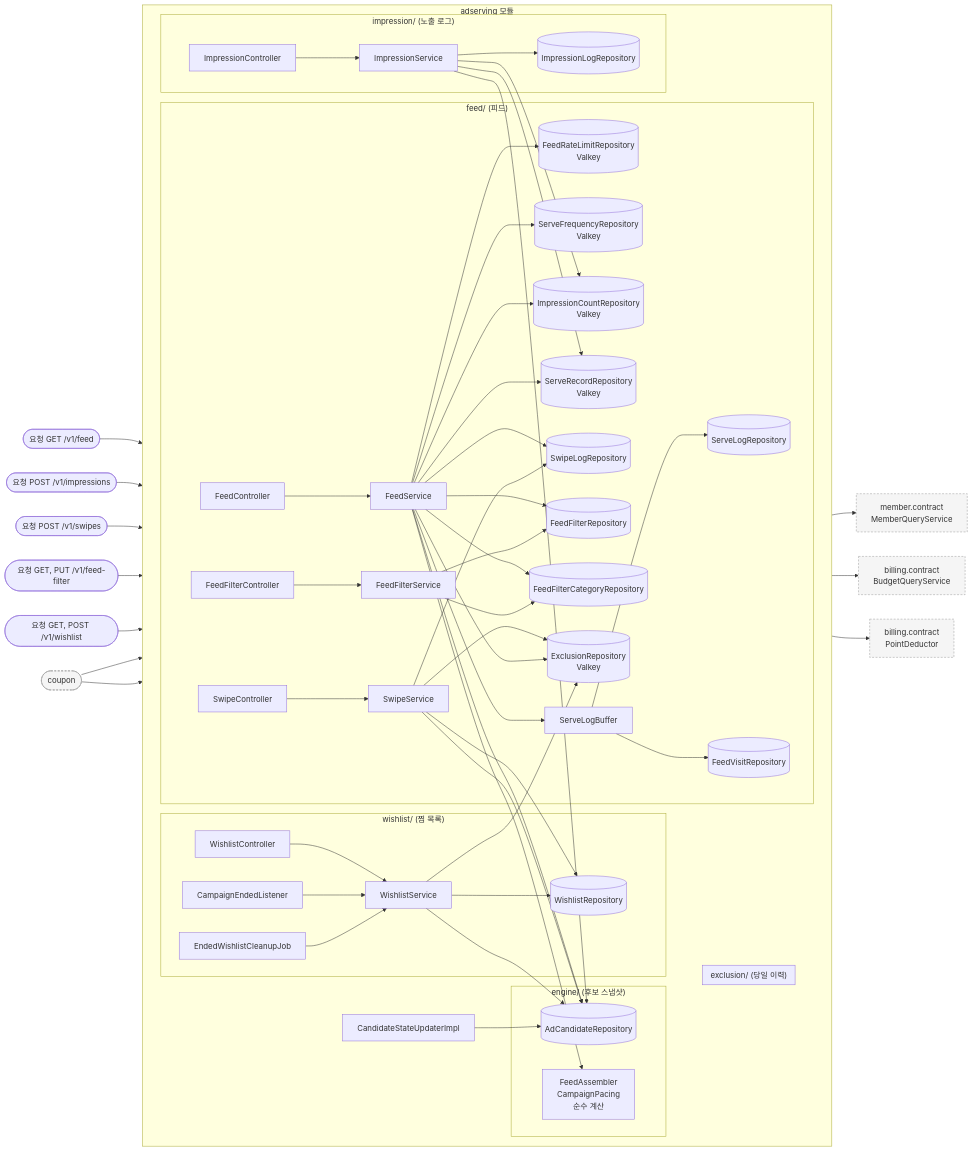
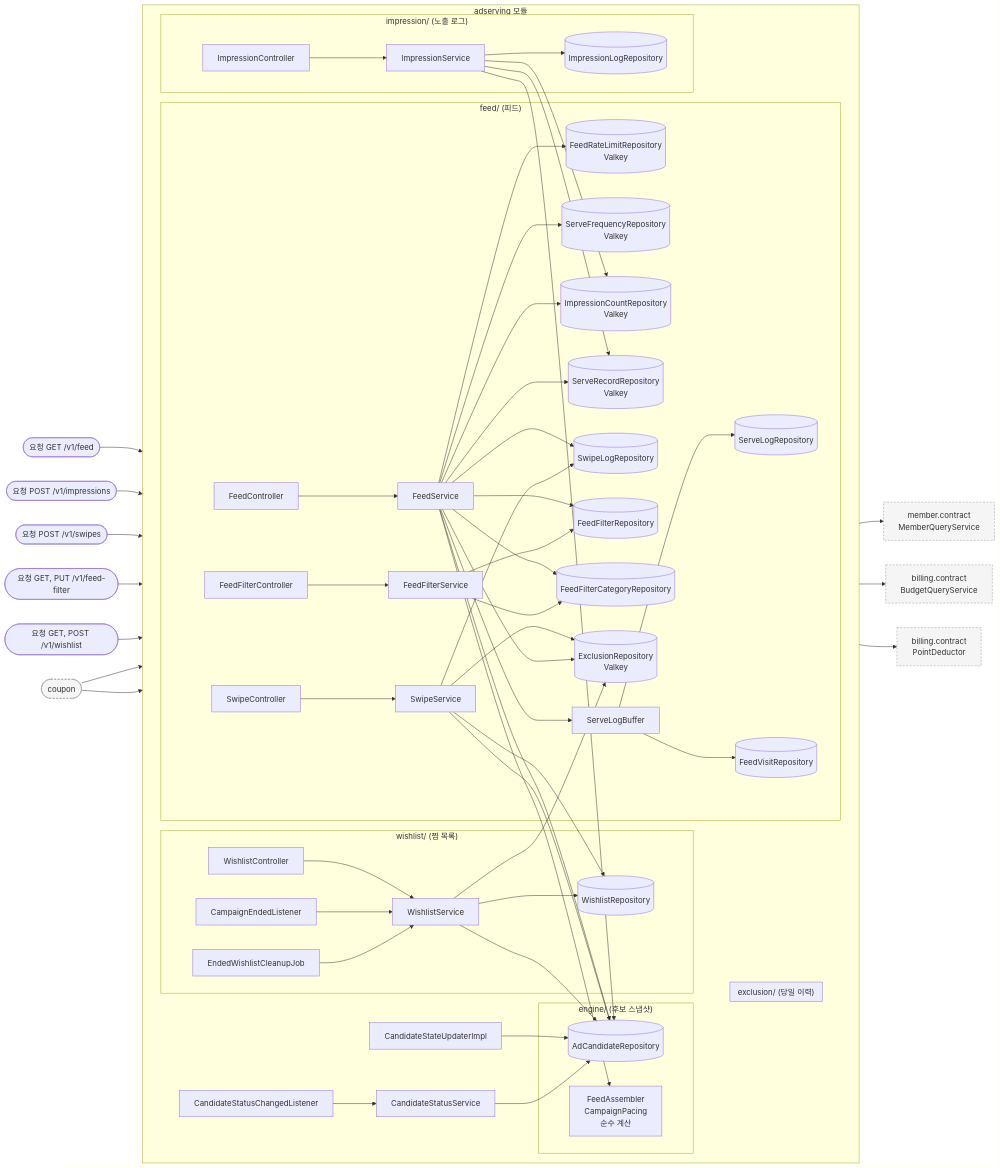
The first of 5 diagrams in docs/design/adserving/adserving_구조와_동작_설계.md (lunch-catch/lc-backend), drawn with Mermaid before and after one commit. The commit also changed other lines of this file and 6 other files, not shown here.

````diff
--- a/docs/design/adserving/adserving_구조와_동작_설계.md
+++ b/docs/design/adserving/adserving_구조와_동작_설계.md
@@ -269,75 +273,76 @@
 ```mermaid
 flowchart LR
     REQ([요청 GET /v1/feed]) --> FC
     REQ2([요청 POST /v1/impressions]) --> IMC
     REQ3([요청 POST /v1/swipes]) --> SWC
     REQ4([요청 GET, PUT /v1/feed-filter]) --> FFCT
     REQ5([요청 GET, POST /v1/wishlist]) --> WC
 
     subgraph adserving["adserving 모듈"]
         direction LR
 
         subgraph feed["feed/ (피드)"]
             FC[FeedController] --> FS[FeedService]
             FS --> RL[("FeedRateLimitRepository<br/>Valkey")]
             FS --> SF[("ServeFrequencyRepository<br/>Valkey")]
             FS --> IC[("ImpressionCountRepository<br/>Valkey")]
             FS --> SR[("ServeRecordRepository<br/>Valkey")]
             FS --> SW[(SwipeLogRepository)]
             FS --> FF[(FeedFilterRepository)]
             FS --> FFC[(FeedFilterCategoryRepository)]
             FFCT[FeedFilterController] --> FFS[FeedFilterService]
             FFS --> FF
             FFS --> FFC
             SWC[SwipeController] --> SWS[SwipeService]
             SWS --> SW
             SWS --> DE
             FS --> SB[ServeLogBuffer]
             SB --> SL[(ServeLogRepository)]
             SB --> FV[(FeedVisitRepository)]
         end
 
         subgraph exclusion["exclusion/ (당일 이력)"]
             DE[("ExclusionRepository<br/>Valkey")]
         end
 
         subgraph engine["engine/ (후보 스냅샷)"]
             AR[(AdCandidateRepository)]
             FA["FeedAssembler<br/>CampaignPacing<br/>순수 계산"]
         end
 
         subgraph wishlist["wishlist/ (찜 목록)"]
             WC[WishlistController] --> WS[WishlistService]
             WL[CampaignEndedListener] --> WS
             WJ[EndedWishlistCleanupJob] --> WS
             WS --> WR[(WishlistRepository)]
         end
 
         CSU[CandidateStateUpdaterImpl] --> AR
+        CSL[CandidateStatusChangedListener] --> CSS[CandidateStatusService] --> AR
 
         subgraph impression["impression/ (노출 로그)"]
             IMC[ImpressionController] --> IMS[ImpressionService]
             IMS --> IML[(ImpressionLogRepository)]
         end
 
         FS --> AR
         FS --> DE
         FS --> FA
         IMS --> SR
         IMS --> IC
         IMS --> AR
         SWS --> WR
         SWS --> AR
         WS --> AR
         WS --> DE
     end
 
     CP([coupon]) --> WS
     CP --> CSU
     FS --> MQ["member.contract<br/>MemberQueryService"]
     FS --> BQ["billing.contract<br/>BudgetQueryService"]
     IMS --> PD["billing.contract<br/>PointDeductor"]
 
     classDef out fill:#f5f5f5,stroke:#999,stroke-dasharray:4 3
     class MQ,BQ,PD,CP out
 ```
````
